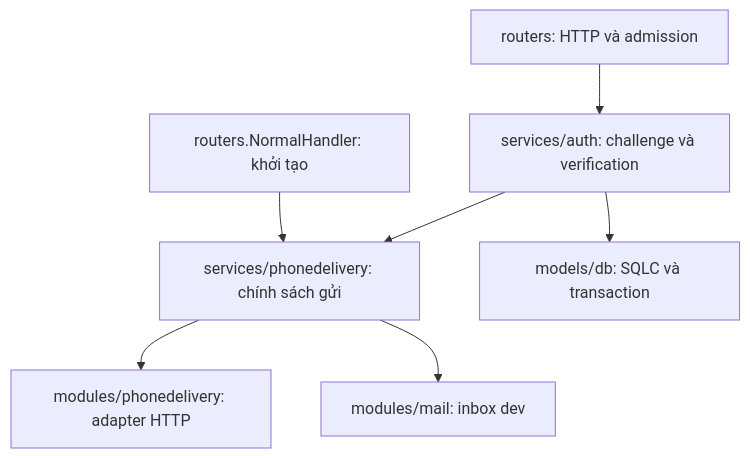
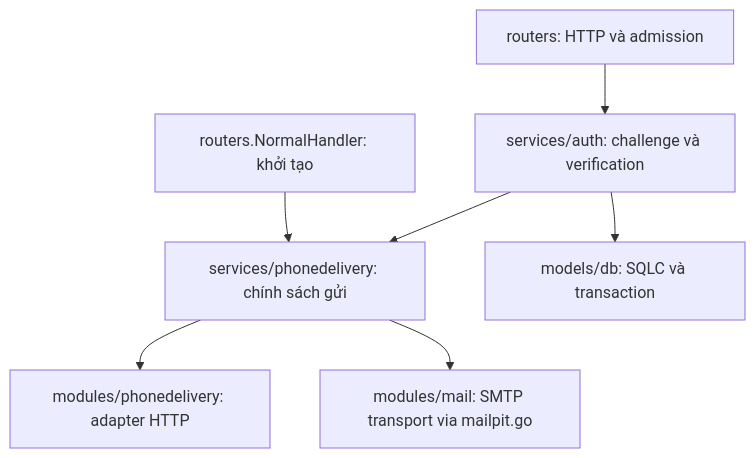
One commit to datvtph41107/bdspro changed the diagram in docs/architecture/phone-delivery.md. Above: the diagram before and after it, drawn with Mermaid. The commit also changed other lines of this file and 31 other files, not shown here.

````diff
--- a/docs/architecture/phone-delivery.md
+++ b/docs/architecture/phone-delivery.md
@@ -23,9 +23,9 @@
 ```mermaid
 flowchart TD
   R[routers: HTTP và admission] --> A[services/auth: challenge và verification]
   A --> D[services/phonedelivery: chính sách gửi]
   A --> DB[models/db: SQLC và transaction]
   D --> P[modules/phonedelivery: adapter HTTP]
-  D --> M[modules/mail: inbox dev]
+  D --> M[modules/mail: SMTP transport via mailpit.go]
   I[routers.NormalHandler: khởi tạo] --> D
 ```
````
